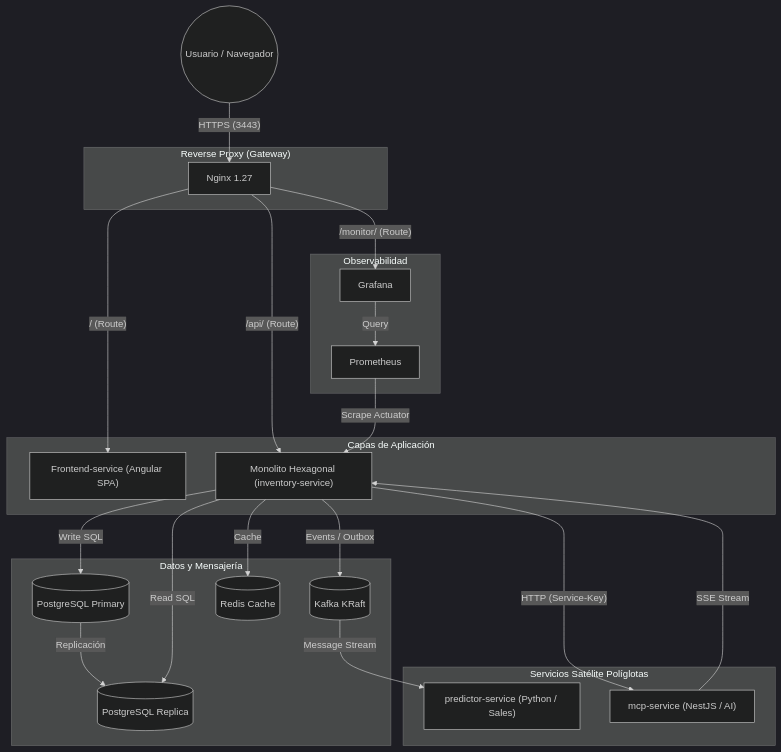
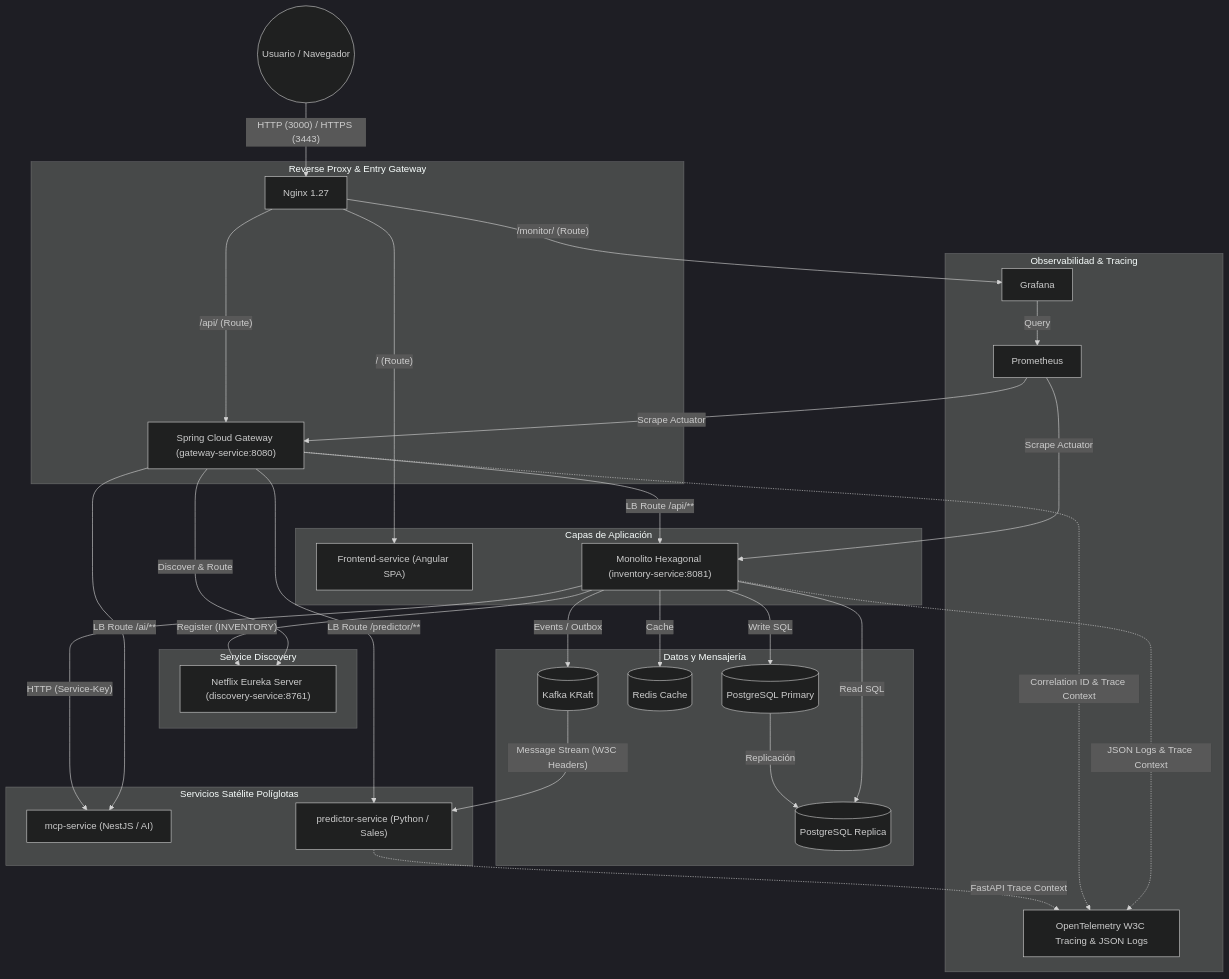
Before and after one commit to FranWDev/smart-economato-API: the diagram in README.md, drawn with Mermaid (dark theme). The commit also changed other lines of this file, not shown here.

Commit message:
docs(readme): Actualizado readme

````diff
--- a/README.md
+++ b/README.md
@@ -21,50 +21,66 @@
 ```mermaid
 graph TD
     User((Usuario / Navegador))
     
-    subgraph "Reverse Proxy (Gateway)"
+    subgraph "Reverse Proxy & Entry Gateway"
         NG["Nginx 1.27"]
+        GW["Spring Cloud Gateway (gateway-service:8080)"]
+    end
+
+    subgraph "Service Discovery"
+        EUK["Netflix Eureka Server (discovery-service:8761)"]
     end
 
     subgraph "Capas de Aplicación"
         FE["Frontend-service (Angular SPA)"]
-        BE["Monolito Hexagonal (inventory-service)"]
+        BE["Monolito Hexagonal (inventory-service:8081)"]
     end
 
     subgraph "Servicios Satélite Políglotas"
         MCP["mcp-service (NestJS / AI)"]
         PRED["predictor-service (Python / Sales)"]
     end
 
     subgraph "Datos y Mensajería"
         PG[(PostgreSQL Primary)]
         PGR[(PostgreSQL Replica)]
         RD[(Redis Cache)]
         KF[(Kafka KRaft)]
     end
 
-    subgraph "Observabilidad"
+    subgraph "Observabilidad & Tracing"
         PROM[Prometheus]
         GRAF[Grafana]
+        OTEL[OpenTelemetry W3C Tracing & JSON Logs]
     end
 
     %% Flujos Externos (Vía Proxy)
-    User -- "HTTPS (3443)" --> NG
+    User -- "HTTP (3000) / HTTPS (3443)" --> NG
     NG -- "/ (Route)" --> FE
-    NG -- "/api/ (Route)" --> BE
+    NG -- "/api/ (Route)" --> GW
     NG -- "/monitor/ (Route)" --> GRAF
 
-    %% Comunicación Inter-Servicio (Interna)
+    %% Gateway & Service Discovery
+    GW -- "Discover & Route" --> EUK
+    BE -- "Register (INVENTORY)" --> EUK
+    GW -- "LB Route /api/**" --> BE
+    GW -- "LB Route /predictor/**" --> PRED
+    GW -- "LB Route /ai/**" --> MCP
+
+    %% Comunicación Inter-Servicio
     BE -- "Write SQL" --> PG
     BE -- "Read SQL" --> PGR
     PG -- "Replicación" --> PGR
     BE -- "Cache" --> RD
     BE -- "Events / Outbox" --> KF
-    KF -- "Message Stream" --> PRED
+    KF -- "Message Stream (W3C Headers)" --> PRED
     BE -- "HTTP (Service-Key)" --> MCP
-    MCP -- "SSE Stream" --> BE
 
-    %% Métricas
+    %% Observabilidad
+    BE -. "JSON Logs & Trace Context" .-> OTEL
+    GW -. "Correlation ID & Trace Context" .-> OTEL
+    PRED -. "FastAPI Trace Context" .-> OTEL
     PROM -- "Scrape Actuator" --> BE
+    PROM -- "Scrape Actuator" --> GW
     GRAF -- "Query" --> PROM
 ```
````
